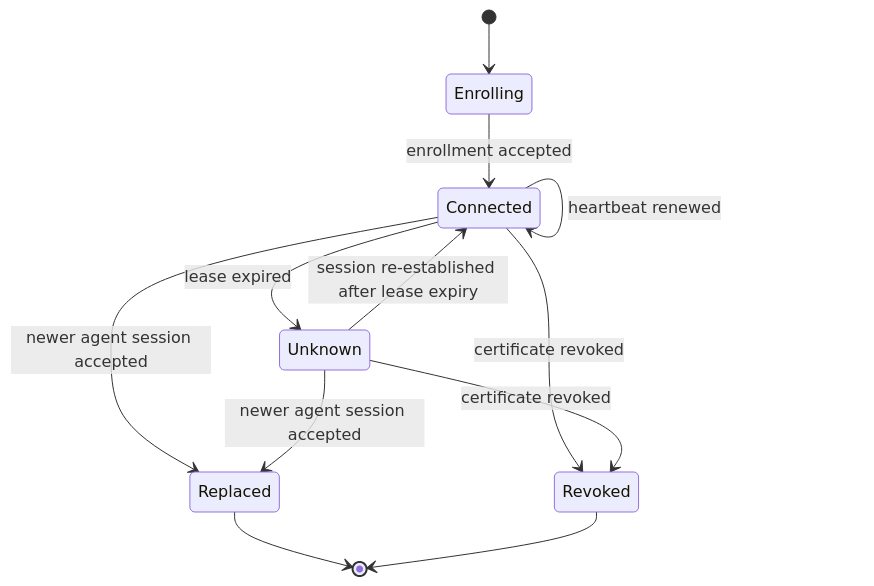
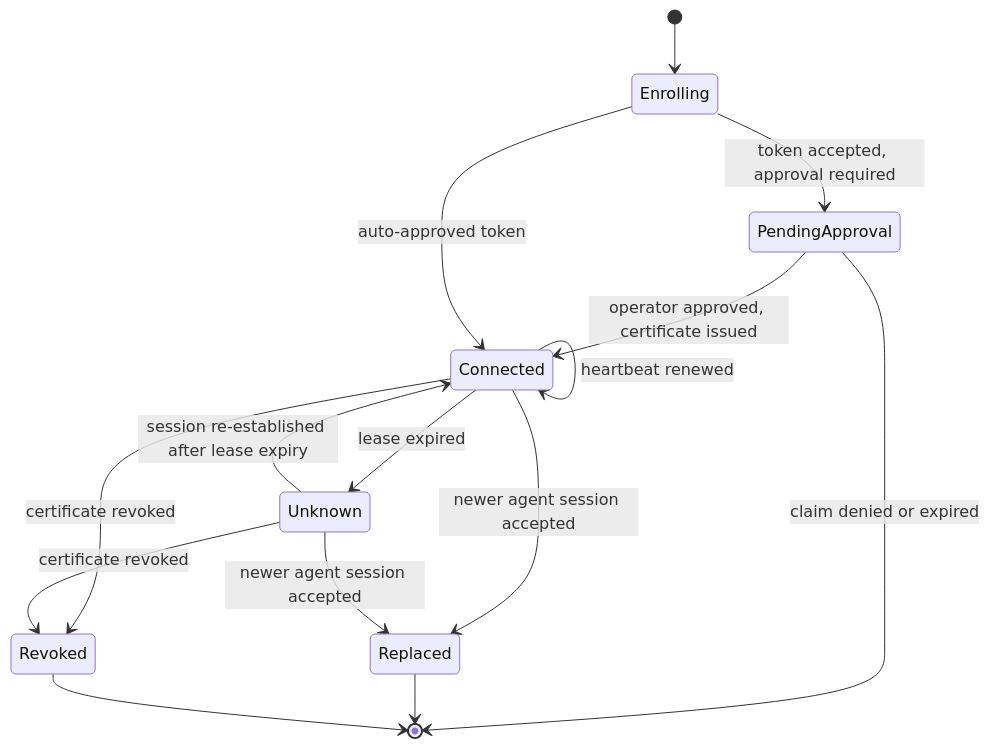
One commit to IMV-IN/meridian-node changed the second of 3 diagrams in DESIGN.md. Above: the diagram before and after it, drawn with Mermaid. The commit also changed other lines of this file, not shown here.

````diff
--- a/DESIGN.md
+++ b/DESIGN.md
@@ -471,14 +486,17 @@
 ```mermaid
 stateDiagram-v2
     [*] --> Enrolling
-    Enrolling --> Connected : enrollment accepted
+    Enrolling --> PendingApproval : token accepted, approval required
+    PendingApproval --> Connected : operator approved, certificate issued
+    PendingApproval --> [*] : claim denied or expired
+    Enrolling --> Connected : auto-approved token
     Connected --> Connected : heartbeat renewed
     Connected --> Unknown : lease expired
     Unknown --> Connected : session re-established after lease expiry
     Connected --> Replaced : newer agent session accepted
     Unknown --> Replaced : newer agent session accepted
     Connected --> Revoked : certificate revoked
     Unknown --> Revoked : certificate revoked
     Replaced --> [*]
     Revoked --> [*]
 ```
````
